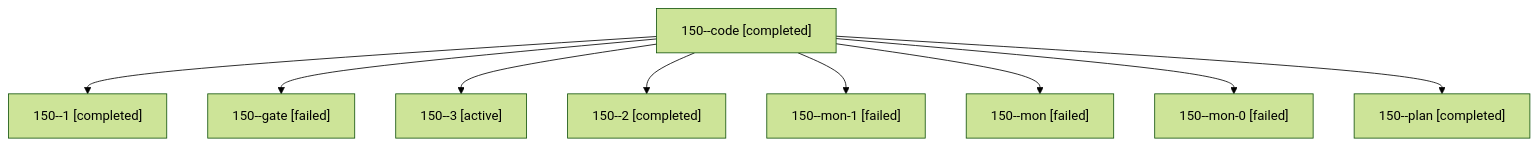
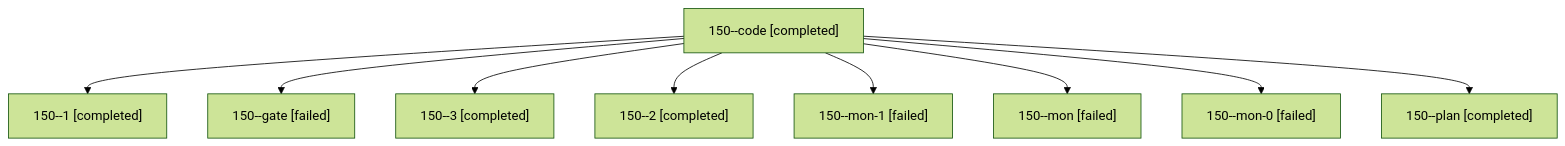
One commit to bobs-org/bob-cli--agents changed the diagram in sessions/bbugyi200.athena.150.md. Above: the diagram before and after it, drawn with Mermaid (forest theme). The commit also changed other lines of this file and 34 other files, not shown here.

````diff
--- a/sessions/bbugyi200.athena.150.md
+++ b/sessions/bbugyi200.athena.150.md
@@ -9,20 +9,20 @@
 ```mermaid
 flowchart TD
   n0["150--code [completed]"]
   n1["150--1 [completed]"]
   n0 --> n1
   n2["150--gate [failed]"]
   n0 --> n2
-  n3["150--3 [active]"]
+  n3["150--3 [completed]"]
   n0 --> n3
   n4["150--2 [completed]"]
   n0 --> n4
   n5["150--mon-1 [failed]"]
   n0 --> n5
   n6["150--mon [failed]"]
   n0 --> n6
   n7["150--mon-0 [failed]"]
   n0 --> n7
   n8["150--plan [completed]"]
   n0 --> n8
 ```
````
